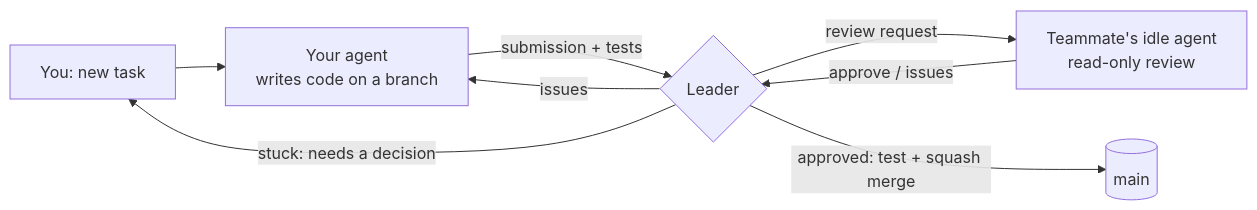
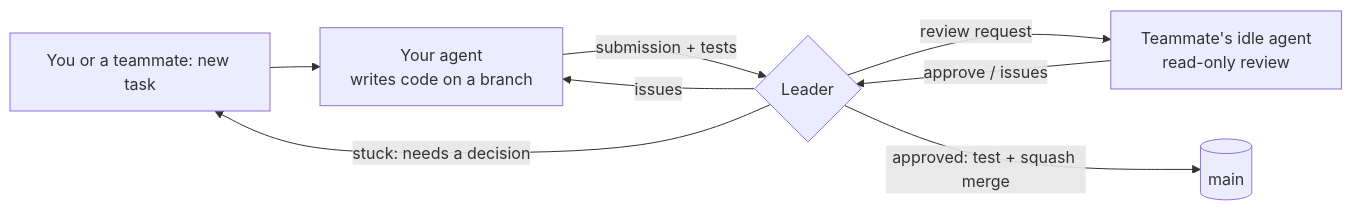
Before and after one commit to K0NSTANT1N3/agent-review-hub: the diagram in README.md, drawn with Mermaid. The commit also changed other lines of this file, not shown here.

````diff
--- a/README.md
+++ b/README.md
@@ -23,10 +45,10 @@
 ```mermaid
 flowchart LR
-    D[You: new task] --> A[Your agent<br/>writes code on a branch]
+    D[You or a teammate: new task] --> A[Your agent<br/>writes code on a branch]
     A -->|submission + tests| L{Leader}
     L -->|review request| R[Teammate's idle agent<br/>read-only review]
     R -->|approve / issues| L
     L -->|issues| A
     L -->|approved: test + squash merge| M[(main)]
     L -->|stuck: needs a decision| D
 ```
````
